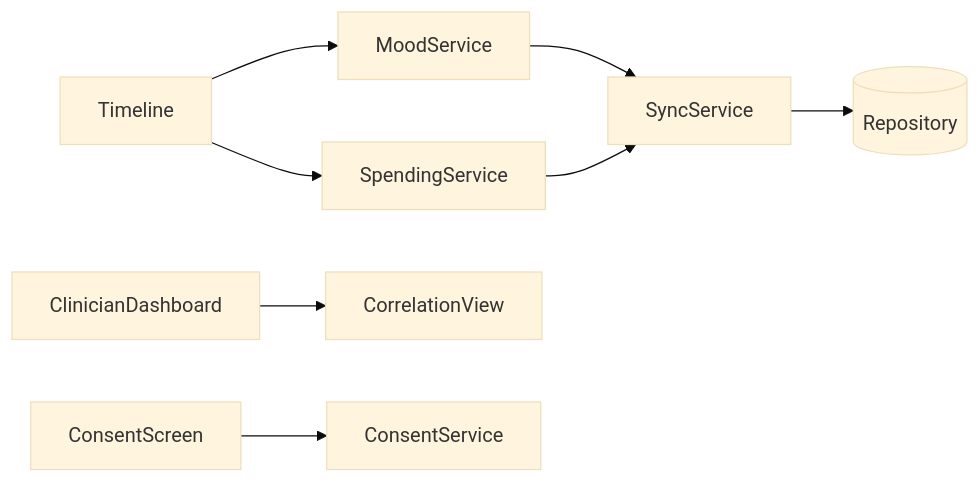
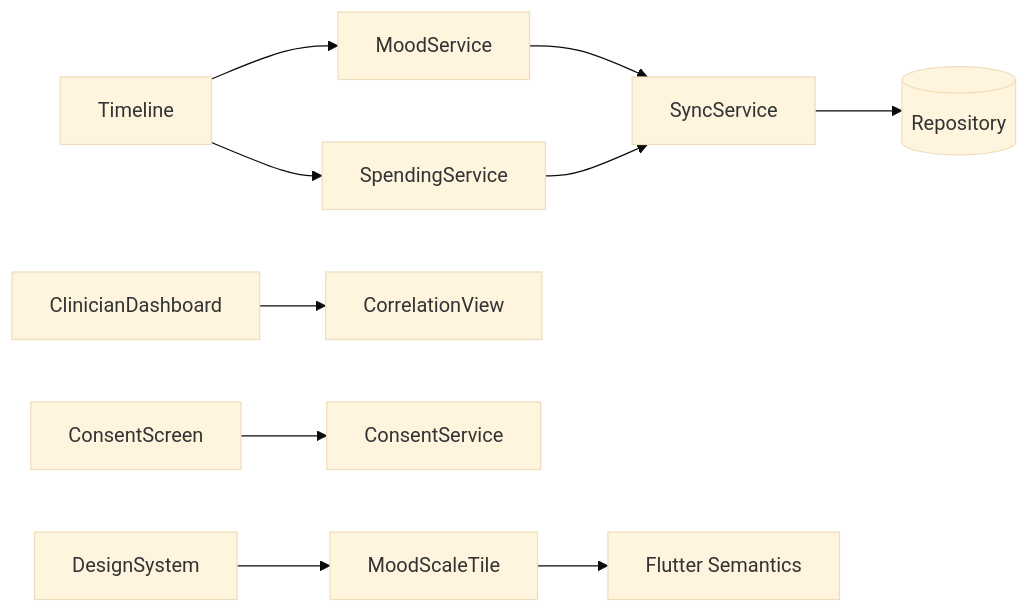
One commit to AloisioMagalhaes/bipolar-mood-spending-tracker changed the diagram in docs/diagrams/c4/component.md. Above: the diagram before and after it, drawn with Mermaid (base theme). The commit also changed other lines of this file and 4 other files, not shown here.

Commit message:
feat(ux): add native accessible mood scale component

````diff
--- a/docs/diagrams/c4/component.md
+++ b/docs/diagrams/c4/component.md
@@ -3,10 +3,12 @@
 ```mermaid
 flowchart LR
   Timeline --> MoodService
   Timeline --> SpendingService
   ClinicianDashboard --> CorrelationView
   ConsentScreen --> ConsentService
   MoodService --> SyncService
   SpendingService --> SyncService
   SyncService --> Repository[(Repository)]
+  DesignSystem --> MoodScaleTile
+  MoodScaleTile --> Semantics[Flutter Semantics]
 ```
````
